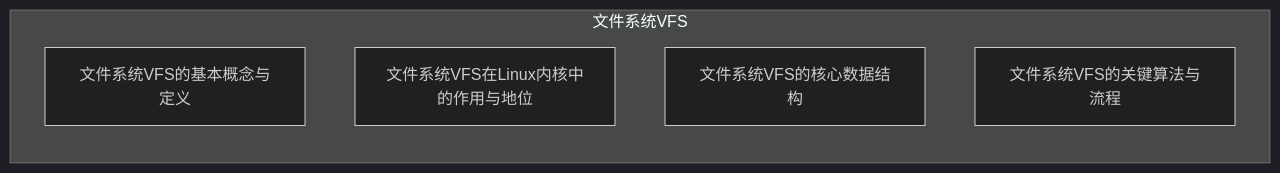
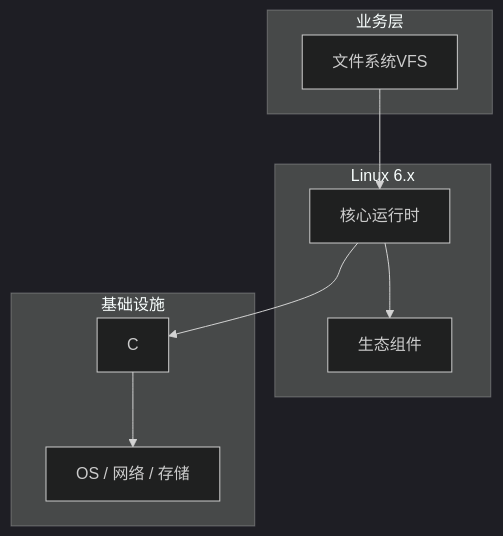
The diagram in articles/Linux内核/chapters/115-文件系统VFS的对比与选型.md (yanggan2015/knowledge-json-v2), drawn with Mermaid (dark theme) before and after one commit. The commit also changed other lines of this file and 10127 other files, not shown here.

````diff
--- a/articles/Linux内核/chapters/115-文件系统VFS的对比与选型.md
+++ b/articles/Linux内核/chapters/115-文件系统VFS的对比与选型.md
@@ -45,9 +34,18 @@
 ```mermaid
-graph LR
-    subgraph 文件系统VFS
-        C0[文件系统VFS的基本概念与定义]
-        C1[文件系统VFS在Linux内核中的作用与地位]
-        C2[文件系统VFS的核心数据结构]
-        C3[文件系统VFS的关键算法与流程]
+graph TB
+    subgraph 业务层
+        A[文件系统VFS]
     end
+    subgraph Linux 6.x
+        B[核心运行时]
+        C[生态组件]
+    end
+    subgraph 基础设施
+        D[C]
+        E[OS / 网络 / 存储]
+    end
+    A --> B
+    B --> C
+    B --> D
+    D --> E
 ```
````
